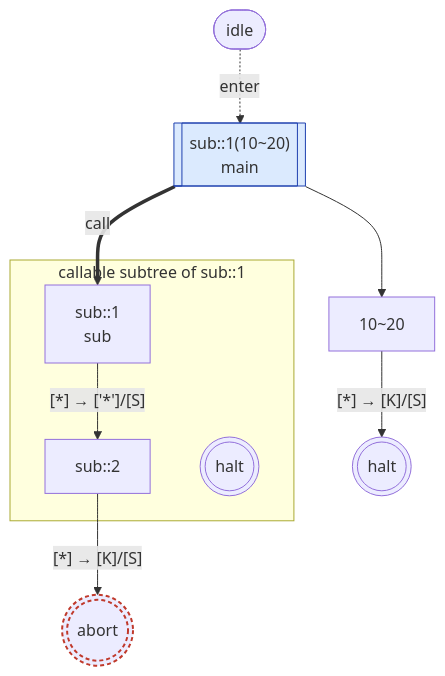
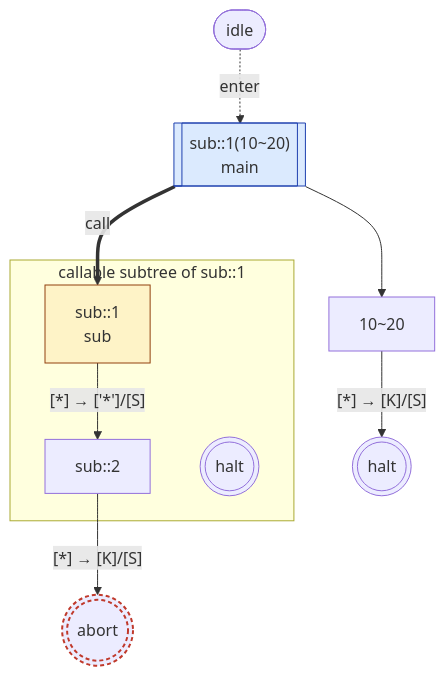
Before and after one commit to mellonis/post-machine-js: the sixth of 12 diagrams in packages/machine/README.md, drawn with Mermaid.

Commit message:
docs: restore tag classDef pair in subroutine-abort diagram (#112)

````diff
--- a/packages/machine/README.md
+++ b/packages/machine/README.md
@@ -358,24 +358,26 @@
 ```mermaid
 flowchart TD
 %% alphabets: [[" ","*"]]
   s1(((abort)))
   s0(((halt)))
   u1["10~20"]
   u2[["sub::1(10~20)<br>main"]]
   idle([idle])
   subgraph w_3["callable subtree of sub::1"]
     u3["sub::1<br>sub"]
     u4["sub::2"]
     s0-3(((halt)))
   end
   idle -. enter .-> u2
   u2 == "call" ==> u3
   u2 --> u1
   u3 -- "[*] → ['*']/[S]" --> u4
   u4 -- "[*] → [K]/[S]" --> s1
   u1 -- "[*] → [K]/[S]" --> s0
   classDef abortSentinel stroke:#c0392b,stroke-width:2px,stroke-dasharray:4 3
   class s1 abortSentinel
   classDef tag_main fill:#dbeafe,stroke:#1e40af
+  classDef tag_sub fill:#fef3c7,stroke:#92400e
   class u2 tag_main
+  class u3 tag_sub
 ```
````
